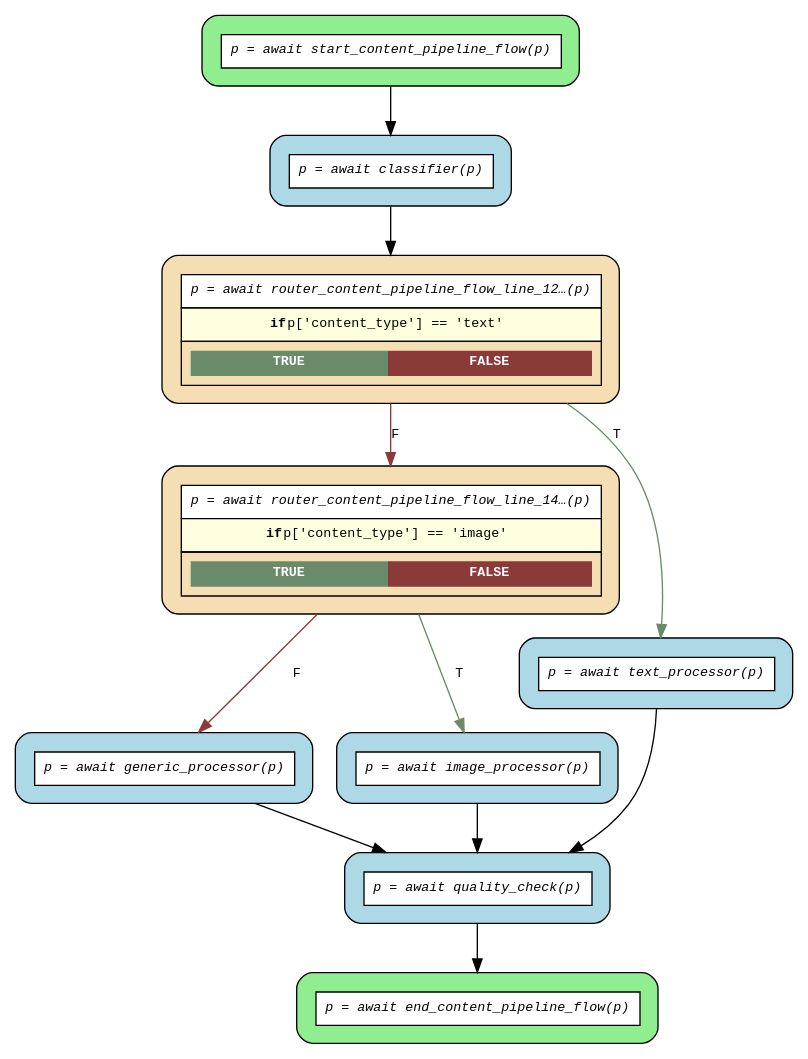
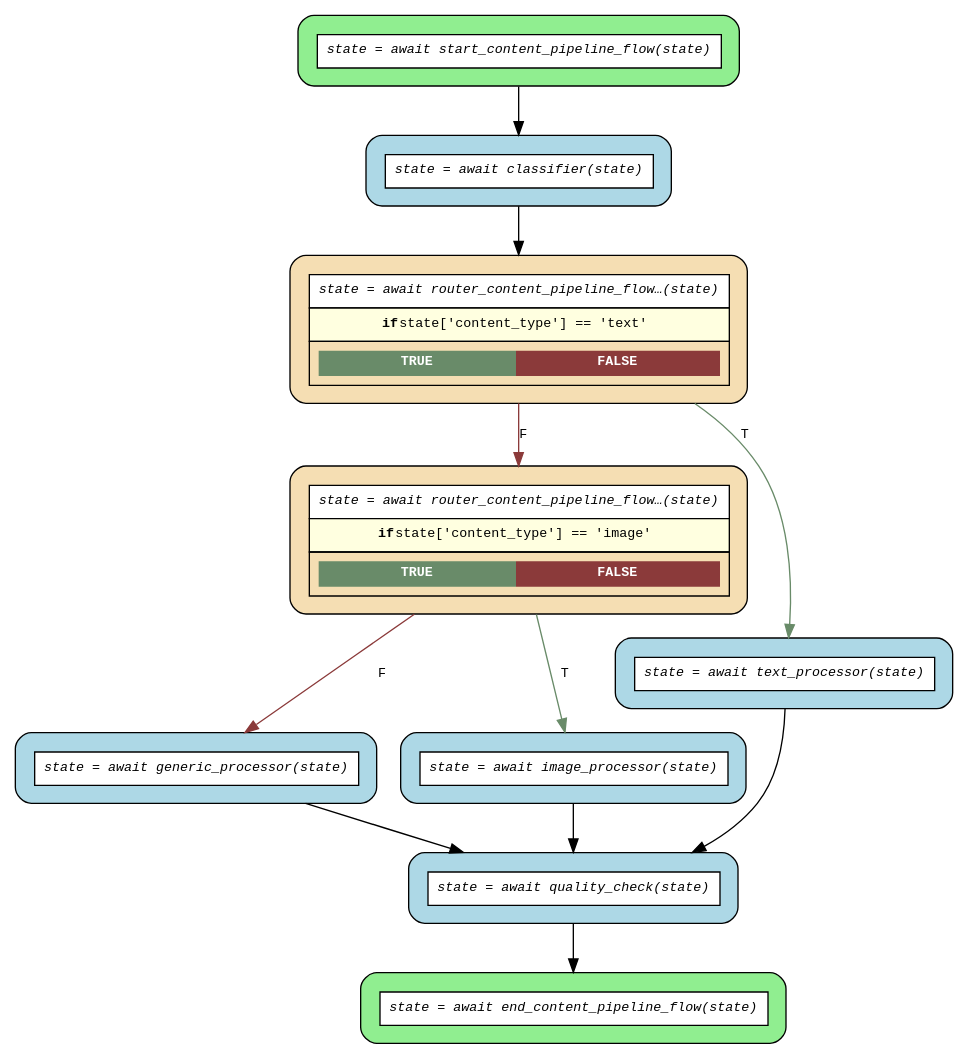
Before and after one commit to mrhillsman-enterprise-ai/asya: the diagram in examples/flows/compiled/async_conditional/flow.dot, drawn with Graphviz. The commit also changed 34 other files, not shown here.

First line of the commit message:
feat(flow): expand compiler syntax support and improve error messages (#243)

```diff
--- a/examples/flows/compiled/async_conditional/flow.dot
+++ b/examples/flows/compiled/async_conditional/flow.dot
@@ -1,27 +1,27 @@
 digraph flow {
   rankdir=TB;
   graph [fontname="Courier", fontsize=10];
   node [fontname="Courier", fontsize=10, shape=box, style="filled,rounded", margin="0.2"];
   edge [fontname="Courier", fontsize=10];
 
-  start_content_pipeline_flow [fillcolor="lightgreen", group="main", label=<<table border="0" cellspacing="0" cellpadding="6" cellborder="1"><tr><td bgcolor="white" align="center"><i>p = await start_content_pipeline_flow(p)</i></td></tr></table>>];
-  router_content_pipeline_flow_line_14_if [fillcolor="wheat", group="main", label=<<table border="0" cellspacing="0" cellpadding="6" cellborder="1"><tr><td bgcolor="white" align="center"><i>p = await router_content_pipeline_flow_line_14…(p)</i></td></tr><tr><td bgcolor="lightyellow"><b>if</b> p['content_type'] == 'image'</td></tr><tr><td><table border="0" cellspacing="0" cellpadding="4"><tr><td bgcolor="darkseagreen4"><font color="white"><b>TRUE</b></font></td><td bgcolor="indianred4"><font color="white"><b>FALSE</b></font></td></tr></table></td></tr></table>>];
-  router_content_pipeline_flow_line_12_if [fillcolor="wheat", group="main", label=<<table border="0" cellspacing="0" cellpadding="6" cellborder="1"><tr><td bgcolor="white" align="center"><i>p = await router_content_pipeline_flow_line_12…(p)</i></td></tr><tr><td bgcolor="lightyellow"><b>if</b> p['content_type'] == 'text'</td></tr><tr><td><table border="0" cellspacing="0" cellpadding="4"><tr><td bgcolor="darkseagreen4"><font color="white"><b>TRUE</b></font></td><td bgcolor="indianred4"><font color="white"><b>FALSE</b></font></td></tr></table></td></tr></table>>];
-  end_content_pipeline_flow [fillcolor="lightgreen", group="main", label=<<table border="0" cellspacing="0" cellpadding="6" cellborder="1"><tr><td bgcolor="white" align="center"><i>p = await end_content_pipeline_flow(p)</i></td></tr></table>>];
-  classifier [fillcolor="lightblue", label=<<table border="0" cellspacing="0" cellpadding="6" cellborder="1"><tr><td bgcolor="white" align="center"><i>p = await classifier(p)</i></td></tr></table>>];
-  generic_processor [fillcolor="lightblue", label=<<table border="0" cellspacing="0" cellpadding="6" cellborder="1"><tr><td bgcolor="white" align="center"><i>p = await generic_processor(p)</i></td></tr></table>>];
-  image_processor [fillcolor="lightblue", label=<<table border="0" cellspacing="0" cellpadding="6" cellborder="1"><tr><td bgcolor="white" align="center"><i>p = await image_processor(p)</i></td></tr></table>>];
-  quality_check [fillcolor="lightblue", label=<<table border="0" cellspacing="0" cellpadding="6" cellborder="1"><tr><td bgcolor="white" align="center"><i>p = await quality_check(p)</i></td></tr></table>>];
-  text_processor [fillcolor="lightblue", label=<<table border="0" cellspacing="0" cellpadding="6" cellborder="1"><tr><td bgcolor="white" align="center"><i>p = await text_processor(p)</i></td></tr></table>>];
+  start_content_pipeline_flow [fillcolor="lightgreen", group="main", label=<<table border="0" cellspacing="0" cellpadding="6" cellborder="1"><tr><td bgcolor="white" align="center"><i>state = await start_content_pipeline_flow(state)</i></td></tr></table>>];
+  router_content_pipeline_flow_line_14_if [fillcolor="wheat", group="main", label=<<table border="0" cellspacing="0" cellpadding="6" cellborder="1"><tr><td bgcolor="white" align="center"><i>state = await router_content_pipeline_flow…(state)</i></td></tr><tr><td bgcolor="lightyellow"><b>if</b> state['content_type'] == 'image'</td></tr><tr><td><table border="0" cellspacing="0" cellpadding="4"><tr><td bgcolor="darkseagreen4"><font color="white"><b>TRUE</b></font></td><td bgcolor="indianred4"><font color="white"><b>FALSE</b></font></td></tr></table></td></tr></table>>];
+  router_content_pipeline_flow_line_12_if [fillcolor="wheat", group="main", label=<<table border="0" cellspacing="0" cellpadding="6" cellborder="1"><tr><td bgcolor="white" align="center"><i>state = await router_content_pipeline_flow…(state)</i></td></tr><tr><td bgcolor="lightyellow"><b>if</b> state['content_type'] == 'text'</td></tr><tr><td><table border="0" cellspacing="0" cellpadding="4"><tr><td bgcolor="darkseagreen4"><font color="white"><b>TRUE</b></font></td><td bgcolor="indianred4"><font color="white"><b>FALSE</b></font></td></tr></table></td></tr></table>>];
+  end_content_pipeline_flow [fillcolor="lightgreen", group="main", label=<<table border="0" cellspacing="0" cellpadding="6" cellborder="1"><tr><td bgcolor="white" align="center"><i>state = await end_content_pipeline_flow(state)</i></td></tr></table>>];
+  classifier [fillcolor="lightblue", label=<<table border="0" cellspacing="0" cellpadding="6" cellborder="1"><tr><td bgcolor="white" align="center"><i>state = await classifier(state)</i></td></tr></table>>];
+  generic_processor [fillcolor="lightblue", label=<<table border="0" cellspacing="0" cellpadding="6" cellborder="1"><tr><td bgcolor="white" align="center"><i>state = await generic_processor(state)</i></td></tr></table>>];
+  image_processor [fillcolor="lightblue", label=<<table border="0" cellspacing="0" cellpadding="6" cellborder="1"><tr><td bgcolor="white" align="center"><i>state = await image_processor(state)</i></td></tr></table>>];
+  quality_check [fillcolor="lightblue", label=<<table border="0" cellspacing="0" cellpadding="6" cellborder="1"><tr><td bgcolor="white" align="center"><i>state = await quality_check(state)</i></td></tr></table>>];
+  text_processor [fillcolor="lightblue", label=<<table border="0" cellspacing="0" cellpadding="6" cellborder="1"><tr><td bgcolor="white" align="center"><i>state = await text_processor(state)</i></td></tr></table>>];
 
   classifier -> router_content_pipeline_flow_line_12_if;
   generic_processor -> quality_check;
   image_processor -> quality_check;
   quality_check -> end_content_pipeline_flow;
   router_content_pipeline_flow_line_12_if -> router_content_pipeline_flow_line_14_if [label="F", color=indianred4];
   router_content_pipeline_flow_line_12_if -> text_processor [label="T", color=darkseagreen4];
   router_content_pipeline_flow_line_14_if -> generic_processor [label="F", color=indianred4];
   router_content_pipeline_flow_line_14_if -> image_processor [label="T", color=darkseagreen4];
   start_content_pipeline_flow -> classifier;
   text_processor -> quality_check;
 }
```
